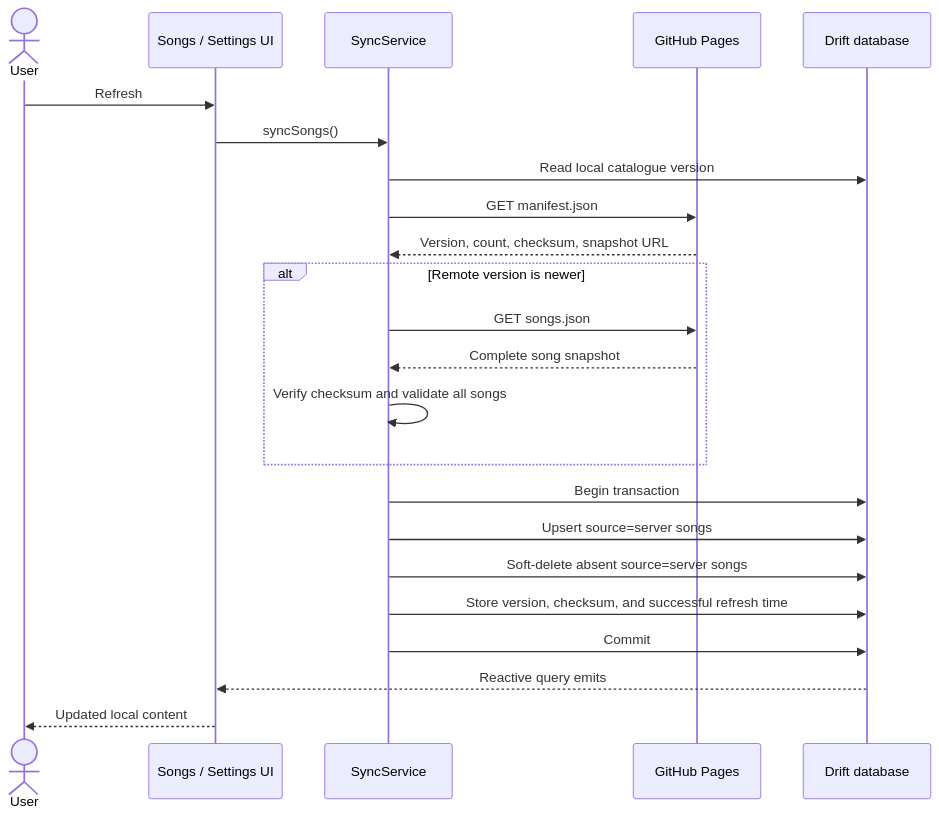
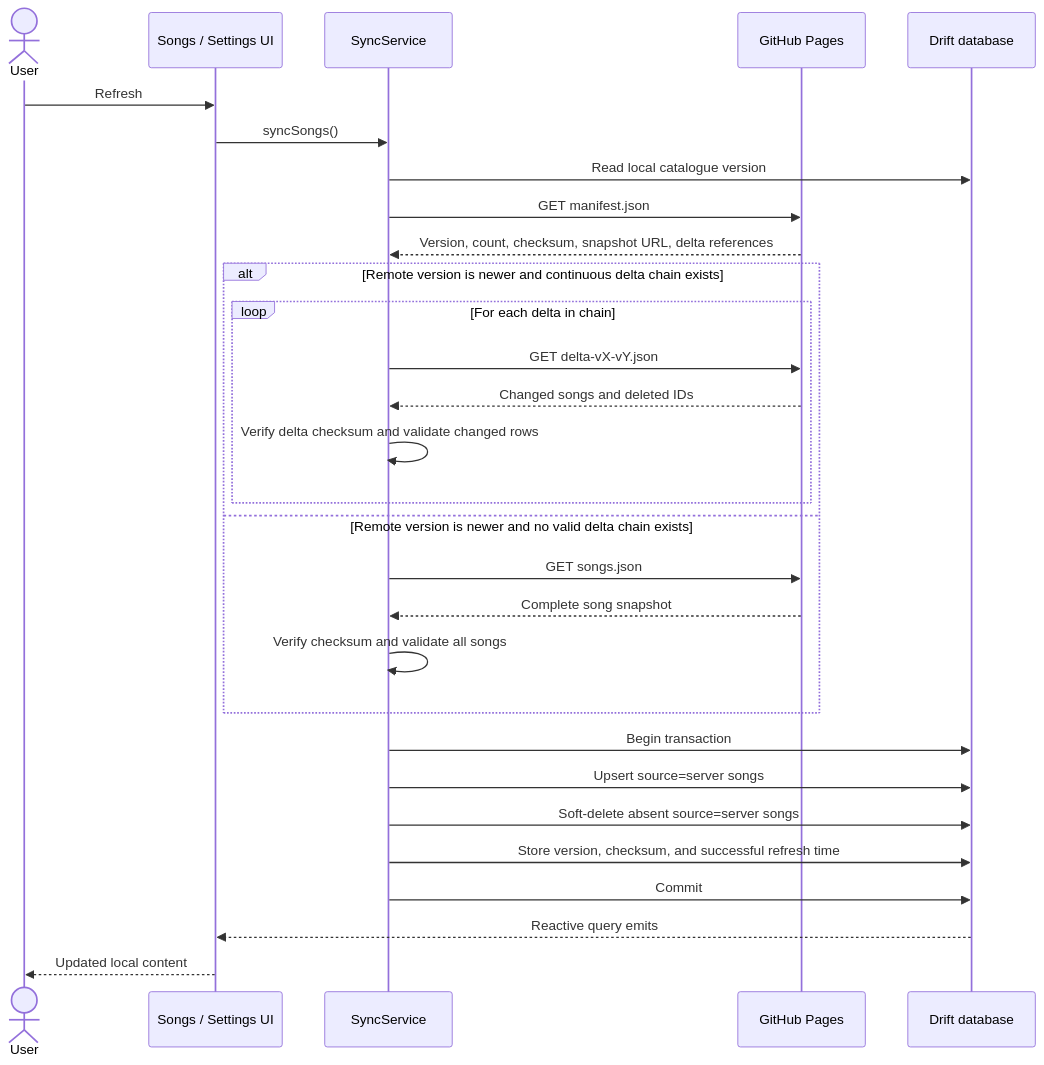
One commit to nani-samireddy/praise changed the second of 2 diagrams in docs/ARCHITECTURE.md. Above: the diagram before and after it, drawn with Mermaid. The commit also changed other lines of this file and 11 other files, not shown here.

````diff
--- a/docs/ARCHITECTURE.md
+++ b/docs/ARCHITECTURE.md
@@ -268,26 +275,32 @@
 ```mermaid
 sequenceDiagram
     actor User
     participant UI as Songs / Settings UI
     participant Sync as SyncService
     participant Pages as GitHub Pages
     participant DB as Drift database
 
     User->>UI: Refresh
     UI->>Sync: syncSongs()
     Sync->>DB: Read local catalogue version
     Sync->>Pages: GET manifest.json
-    Pages-->>Sync: Version, count, checksum, snapshot URL
-    alt Remote version is newer
+    Pages-->>Sync: Version, count, checksum, snapshot URL, delta references
+    alt Remote version is newer and continuous delta chain exists
+        loop For each delta in chain
+            Sync->>Pages: GET delta-vX-vY.json
+            Pages-->>Sync: Changed songs and deleted IDs
+            Sync->>Sync: Verify delta checksum and validate changed rows
+        end
+    else Remote version is newer and no valid delta chain exists
         Sync->>Pages: GET songs.json
         Pages-->>Sync: Complete song snapshot
         Sync->>Sync: Verify checksum and validate all songs
     end
     Sync->>DB: Begin transaction
     Sync->>DB: Upsert source=server songs
     Sync->>DB: Soft-delete absent source=server songs
     Sync->>DB: Store version, checksum, and successful refresh time
     Sync->>DB: Commit
     DB-->>UI: Reactive query emits
     UI-->>User: Updated local content
 ```
````
